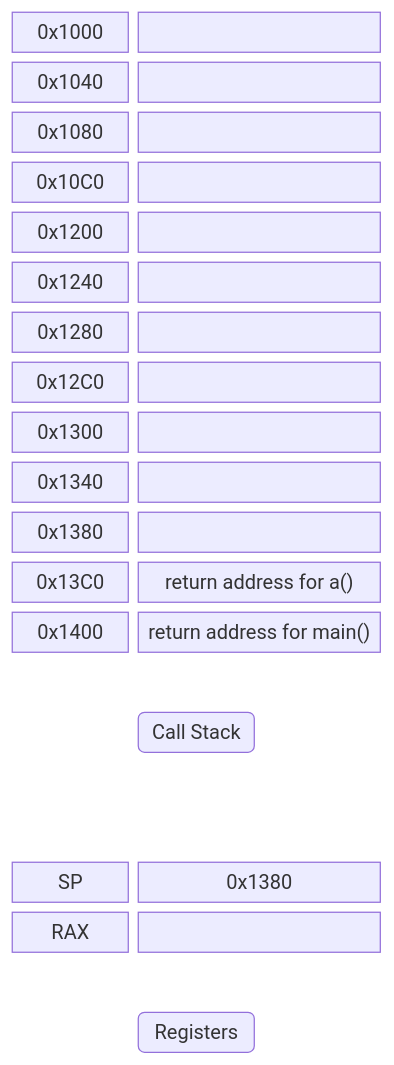
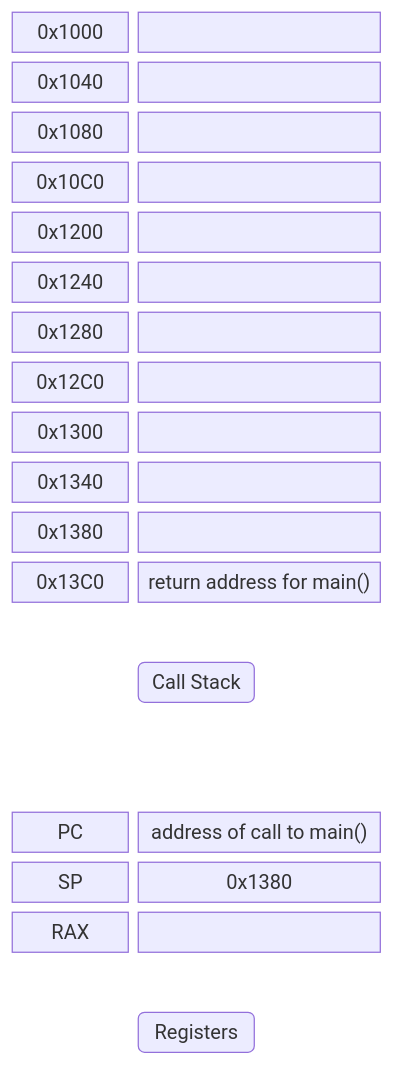
Before and after one commit to GlennVL-AP/cpp-programming-slides: the third of 19 diagrams in slides/session_6/index.md, drawn with Mermaid. The commit also changed other lines of this file, not shown here.

Commit message:
add program counter to call stack example

````diff
--- a/slides/session_6/index.md
+++ b/slides/session_6/index.md
@@ -752,40 +761,40 @@
 ```mermaid
 block-beta
   columns 3
   addr1["0x1000"]:1
   frame1[" "]:2
   addr2["0x1040"]:1
   frame2[" "]:2
   addr3["0x1080"]:1
   frame3[" "]:2
   addr4["0x10C0"]:1
   frame4[" "]:2
   addr5["0x1200"]:1
   frame5[" "]:2
   addr6["0x1240"]:1
   frame6[" "]:2
   addr7["0x1280"]:1
   frame7[" "]:2
   addr8["0x12C0"]:1
   frame8[" "]:2
   addr9["0x1300"]:1
   frame9[" "]:2
   addr10["0x1340"]:1
   frame10[" "]:2
   addr11["0x1380"]:1
   frame11[" "]:2
   addr12["0x13C0"]:1
-  frame12["return address for a()"]:2
-  addr13["0x1400"]:1
-  frame13["return address for main()"]:2
+  frame12["return address for main()"]:2
   space:3
   space callstack("Call Stack") space
   space:3
   space:3
-  reg1["SP"]:1
-  regval1["0x1380"]:2
-  reg2["RAX"]:1
-  regval2[" "]:2
+  reg1["PC"]:1
+  regval1["address of call to main()"]:2
+  reg2["SP"]:1
+  regval2["0x1380"]:2
+  reg3["RAX"]:1
+  regval3[" "]:2
   space:3
   space registers("Registers") space
 ```
````
